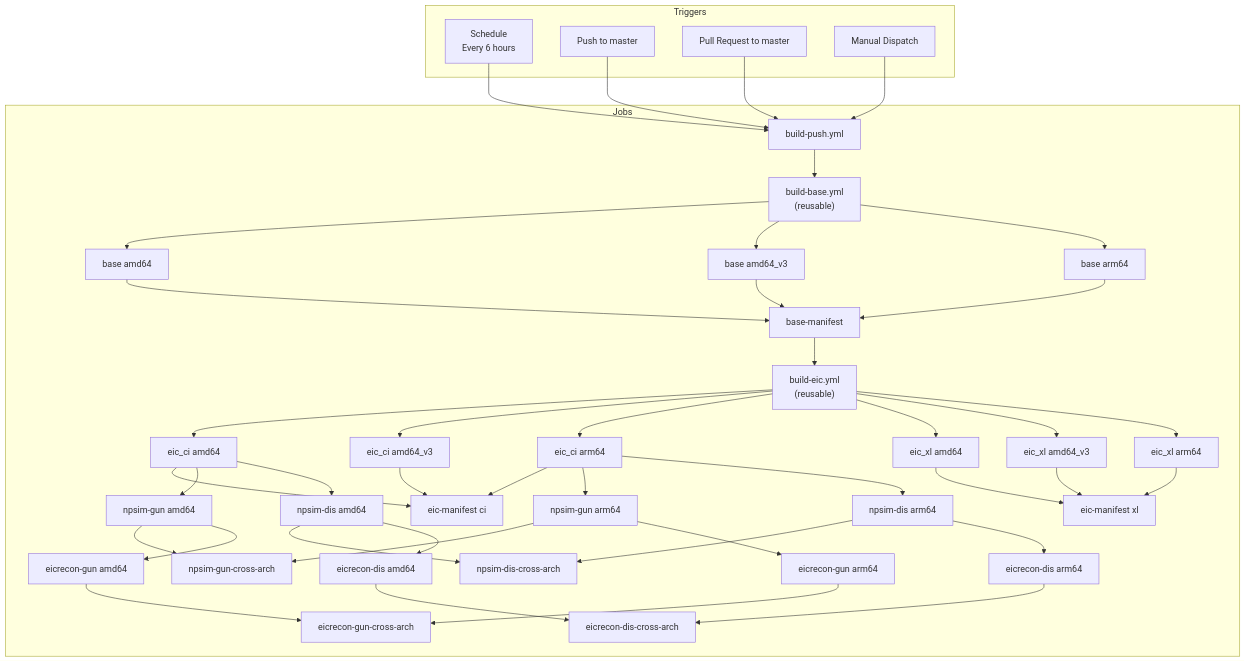
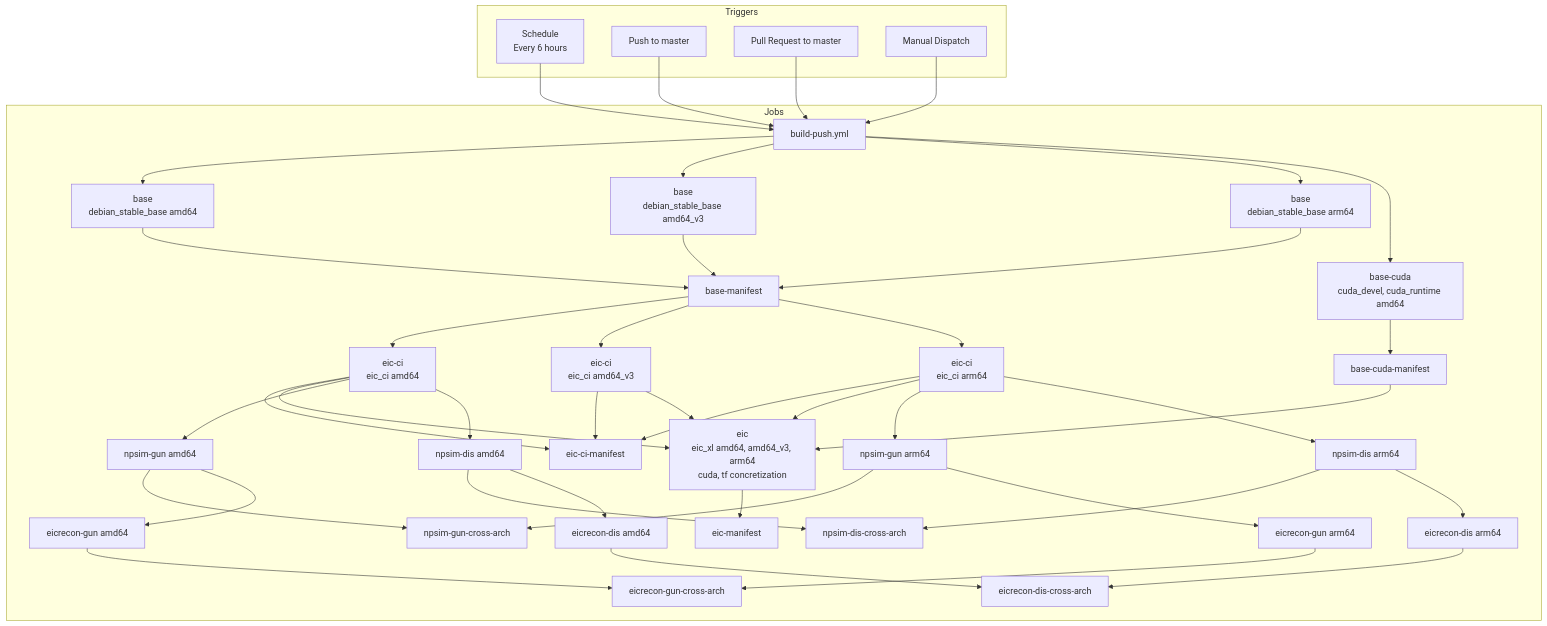
Before and after one commit to eic/containers: the first of 4 diagrams in docs/build-pipeline.md, drawn with Mermaid. The commit also changed other lines of this file and 3 other files, not shown here.

````diff
--- a/docs/build-pipeline.md
+++ b/docs/build-pipeline.md
@@ -16,45 +16,43 @@
 ```mermaid
 flowchart TB
     subgraph "Triggers"
         T1[Schedule<br/>Every 6 hours]
         T2[Push to master]
         T3[Pull Request to master]
         T4[Manual Dispatch]
     end
 
     T1 & T2 & T3 & T4 --> W[build-push.yml]
 
     subgraph "Jobs"
-        W --> RB["build-base.yml<br/>(reusable)"]
-        RB --> B1[base amd64]
-        RB --> B0[base amd64_v3]
-        RB --> B2[base arm64]
+        W --> B1[base<br/>debian_stable_base amd64]
+        W --> B0[base<br/>debian_stable_base amd64_v3]
+        W --> B2[base<br/>debian_stable_base arm64]
+        W --> BC[base-cuda<br/>cuda_devel, cuda_runtime amd64]
         B1 & B0 & B2 --> BM[base-manifest]
-        BM --> RE["build-eic.yml<br/>(reusable)"]
-        RE --> E1[eic_ci amd64]
-        RE --> E0[eic_ci amd64_v3]
-        RE --> E2[eic_ci arm64]
-        RE --> E3[eic_xl amd64]
-        RE --> E5[eic_xl amd64_v3]
-        RE --> E4[eic_xl arm64]
-        E1 & E0 & E2 --> EM1[eic-manifest ci]
-        E3 & E5 & E4 --> EM2[eic-manifest xl]
+        BC --> BCM[base-cuda-manifest]
+        BM --> E1[eic-ci<br/>eic_ci amd64]
+        BM --> E0[eic-ci<br/>eic_ci amd64_v3]
+        BM --> E2[eic-ci<br/>eic_ci arm64]
+        E1 & E0 & E2 --> ECM[eic-ci-manifest]
+        E1 & E0 & E2 & BCM --> E3[eic<br/>eic_xl amd64, amd64_v3, arm64<br/>cuda, tf concretization]
+        E3 --> EM[eic-manifest]
 
         %% Parallel smoke test execution
         E1 --> N1[npsim-gun amd64]
         E2 --> N2[npsim-gun arm64]
         E1 --> D1[npsim-dis amd64]
         E2 --> D2[npsim-dis arm64]
 
         N1 & N2 --> NC[npsim-gun-cross-arch]
         D1 & D2 --> DC[npsim-dis-cross-arch]
 
         N1 --> R1[eicrecon-gun amd64]
         N2 --> R2[eicrecon-gun arm64]
         D1 --> RD1[eicrecon-dis amd64]
         D2 --> RD2[eicrecon-dis arm64]
 
         R1 & R2 --> RC[eicrecon-gun-cross-arch]
         RD1 & RD2 --> RDC[eicrecon-dis-cross-arch]
     end
 ```
````
